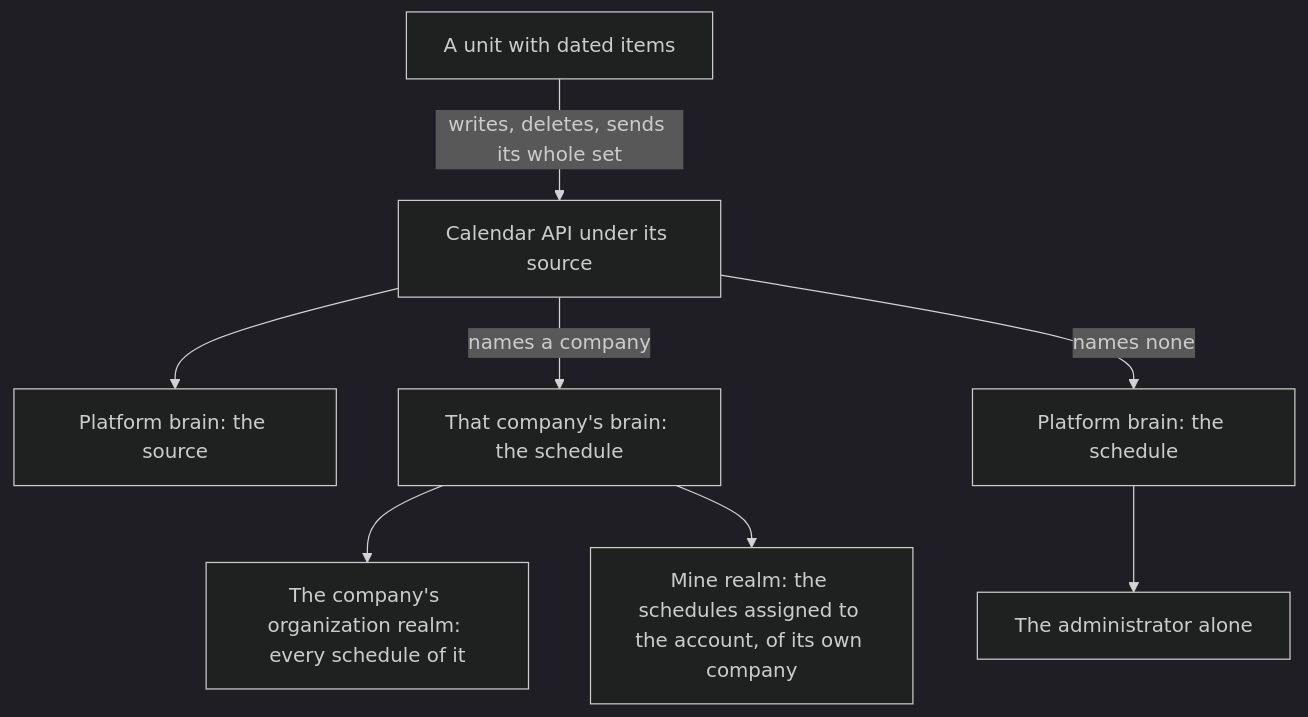
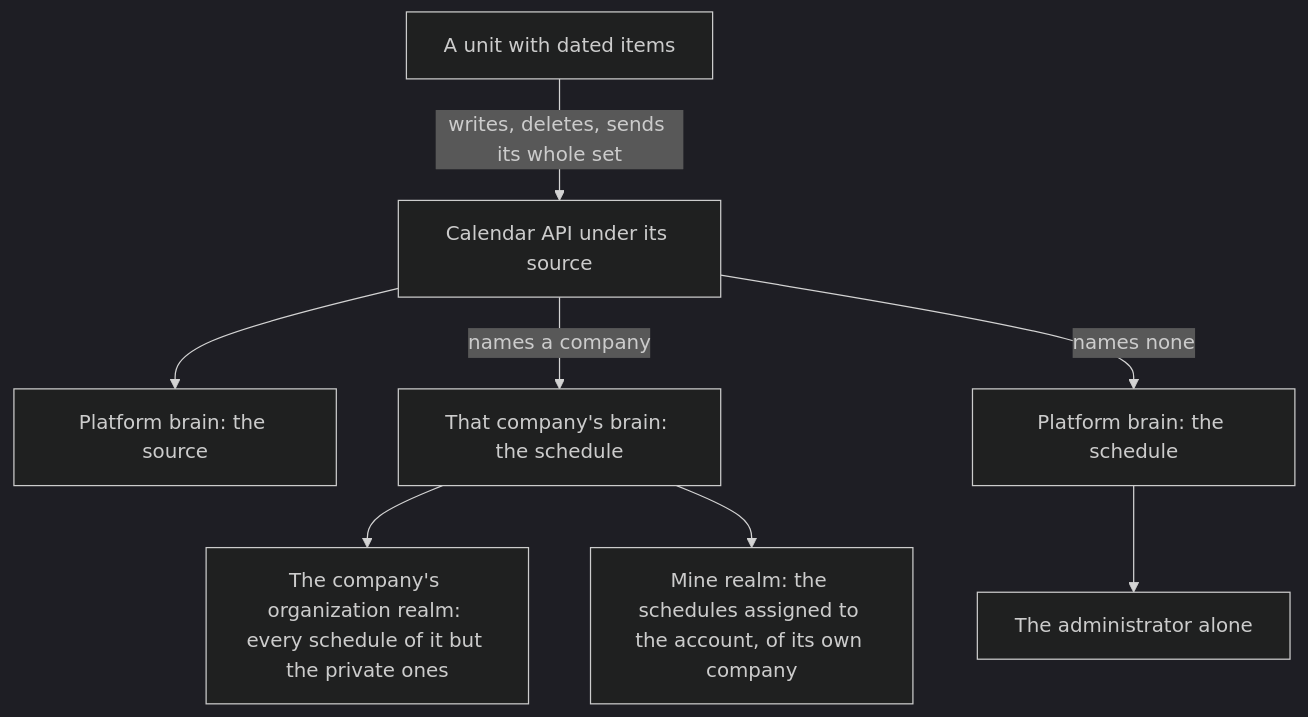
Before and after one commit to ahas/bmo-calendar: the second of 3 diagrams in docs/design.md, drawn with Mermaid (dark theme). The commit also changed other lines of this file and 10 other files, not shown here.

````diff
--- a/docs/design.md
+++ b/docs/design.md
@@ -129,10 +129,10 @@
 ```mermaid
 flowchart TD
   U[A unit with dated items] -->|writes, deletes, sends its whole set| A[Calendar API under its source]
   A --> P[Platform brain: the source]
   A -->|names a company| B[That company's brain: the schedule]
   A -->|names none| N[Platform brain: the schedule]
-  B --> O[The company's organization realm: every schedule of it]
+  B --> O[The company's organization realm: every schedule of it but the private ones]
   B --> M[Mine realm: the schedules assigned to the account, of its own company]
   N --> X[The administrator alone]
 ```
````
